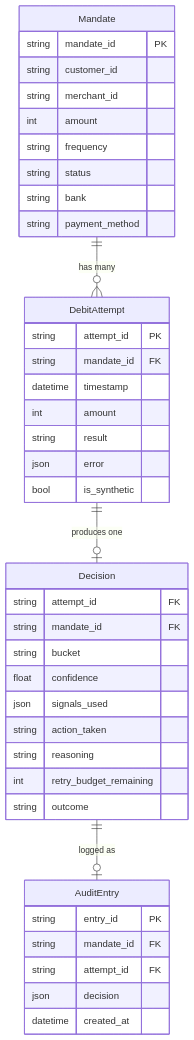
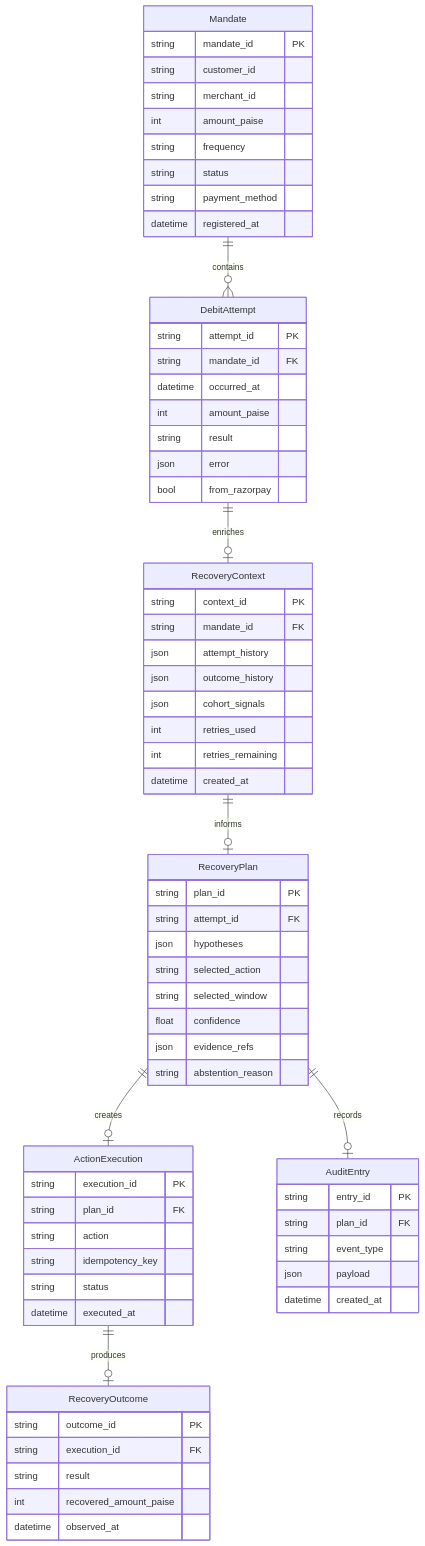
The third of 6 diagrams in docs/architecture.md (kundanjan/mandate-doctor), drawn with Mermaid before and after one commit. The commit also changed other lines of this file, not shown here.

Commit message:
docs: define evidence-bound recovery architecture

````diff
--- a/docs/architecture.md
+++ b/docs/architecture.md
@@ -48,47 +135,77 @@
 ```mermaid
 erDiagram
-    Mandate ||--o{ DebitAttempt : "has many"
-    DebitAttempt ||--o| Decision : "produces one"
-    Decision ||--o| AuditEntry : "logged as"
+    Mandate ||--o{ DebitAttempt : contains
+    DebitAttempt ||--o| RecoveryContext : enriches
+    RecoveryContext ||--o| RecoveryPlan : informs
+    RecoveryPlan ||--o| ActionExecution : creates
+    ActionExecution ||--o| RecoveryOutcome : produces
+    RecoveryPlan ||--o| AuditEntry : records
 
     Mandate {
         string mandate_id PK
         string customer_id
         string merchant_id
-        int amount
+        int amount_paise
         string frequency
         string status
-        string bank
         string payment_method
+        datetime registered_at
     }
 
     DebitAttempt {
         string attempt_id PK
         string mandate_id FK
-        datetime timestamp
-        int amount
+        datetime occurred_at
+        int amount_paise
         string result
         json error
-        bool is_synthetic
+        bool from_razorpay
     }
 
-    Decision {
+    RecoveryContext {
+        string context_id PK
+        string mandate_id FK
+        json attempt_history
+        json outcome_history
+        json cohort_signals
+        int retries_used
+        int retries_remaining
+        datetime created_at
+    }
+
+    RecoveryPlan {
+        string plan_id PK
         string attempt_id FK
-        string mandate_id FK
-        string bucket
+        json hypotheses
+        string selected_action
+        string selected_window
         float confidence
-        json signals_used
-        string action_taken
-        string reasoning
-        int retry_budget_remaining
-        string outcome
+        json evidence_refs
+        string abstention_reason
+    }
+
+    ActionExecution {
+        string execution_id PK
+        string plan_id FK
+        string action
+        string idempotency_key
+        string status
+        datetime executed_at
+    }
+
+    RecoveryOutcome {
+        string outcome_id PK
+        string execution_id FK
+        string result
+        int recovered_amount_paise
+        datetime observed_at
     }
 
     AuditEntry {
         string entry_id PK
-        string mandate_id FK
-        string attempt_id FK
-        json decision
+        string plan_id FK
+        string event_type
+        json payload
         datetime created_at
     }
 ```
````
